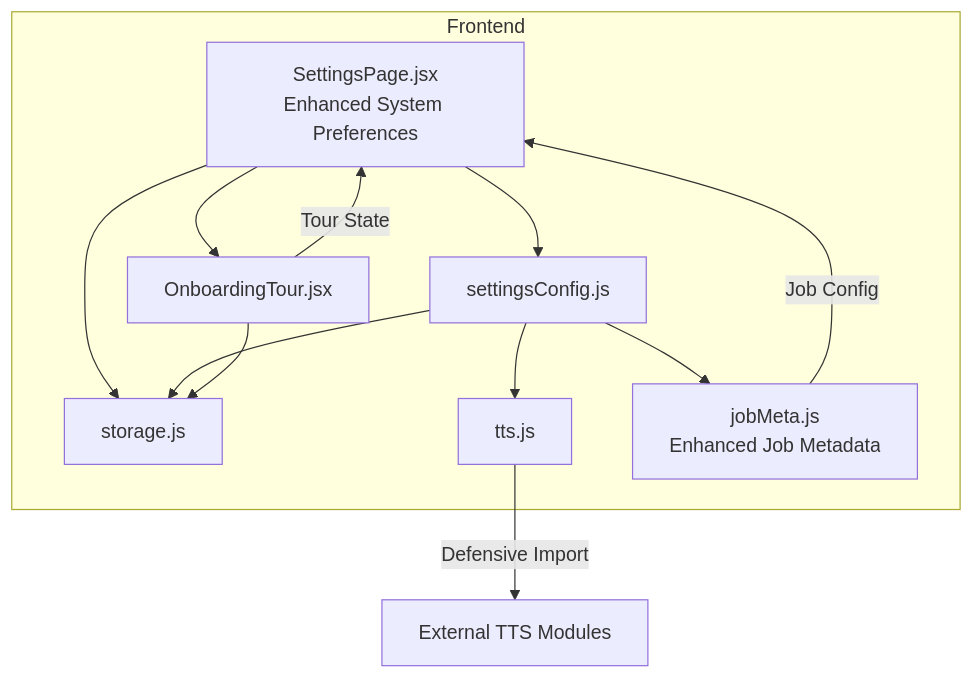
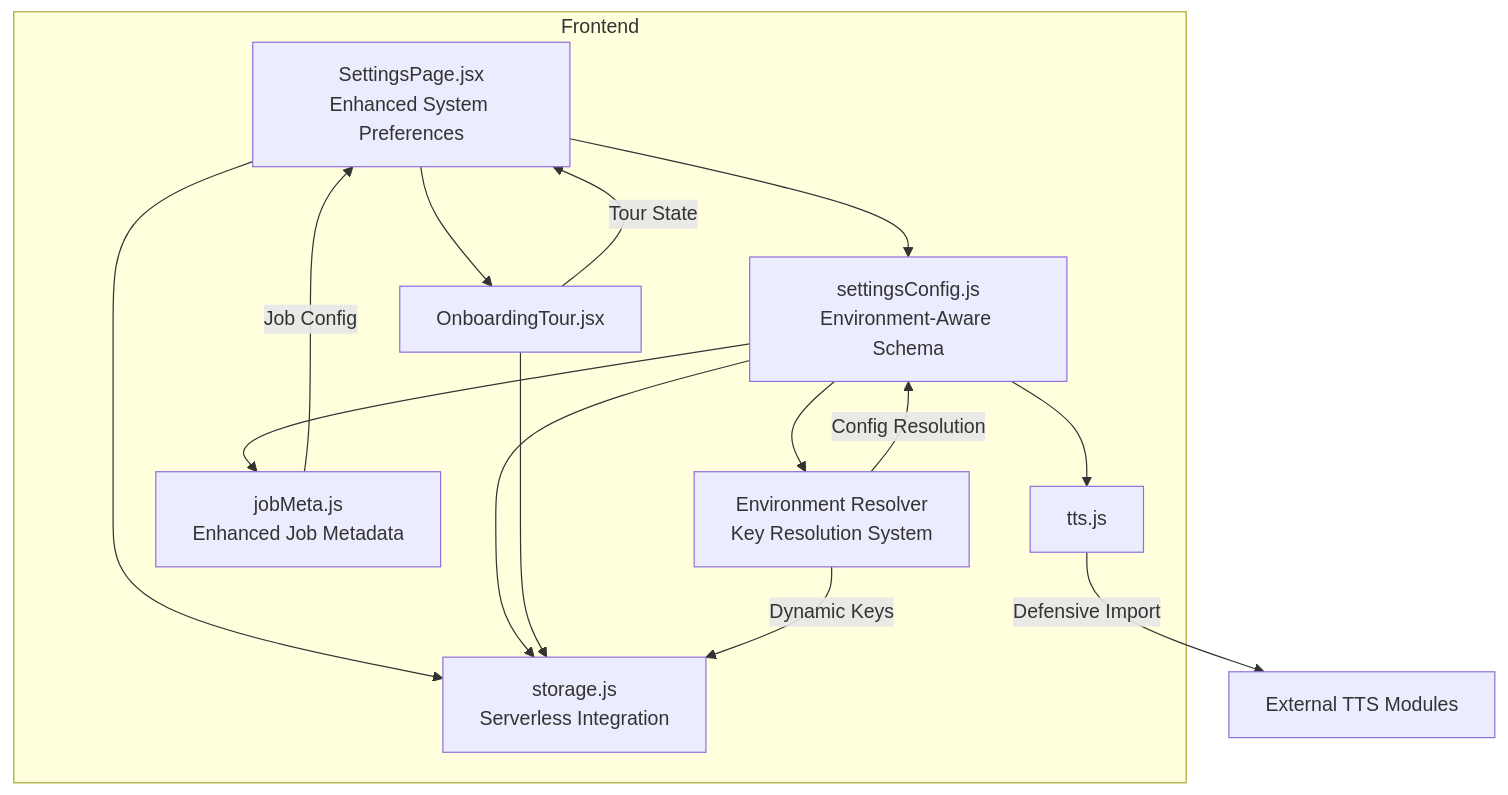
Before and after one commit to zmyeo54/briefroom: the first of 7 diagrams in .qoder/repowiki/en/content/Utility Libraries/Settings Configuration.md, drawn with Mermaid. The commit also changed other lines of this file and 56 other files, not shown here.

````diff
--- a/.qoder/repowiki/en/content/Utility Libraries/Settings Configuration.md
+++ b/.qoder/repowiki/en/content/Utility Libraries/Settings Configuration.md
@@ -48,21 +52,25 @@
 ```mermaid
 graph TB
 subgraph "Frontend"
 SP["SettingsPage.jsx<br/>Enhanced System Preferences"]
-SC["settingsConfig.js"]
-ST["storage.js"]
+SC["settingsConfig.js<br/>Environment-Aware Schema"]
+ST["storage.js<br/>Serverless Integration"]
 OT["OnboardingTour.jsx"]
 TT["tts.js"]
 JM["jobMeta.js<br/>Enhanced Job Metadata"]
+ENV["Environment Resolver<br/>Key Resolution System"]
 end
 SP --> SC
 SP --> ST
 SP --> OT
 SC --> ST
 SC --> TT
 SC --> JM
+SC --> ENV
 OT --> ST
 OT --> |Tour State| SP
 TT --> |Defensive Import| External["External TTS Modules"]
 JM --> |Job Config| SP
+ENV --> |Dynamic Keys| ST
+ENV --> |Config Resolution| SC
 ```
````
